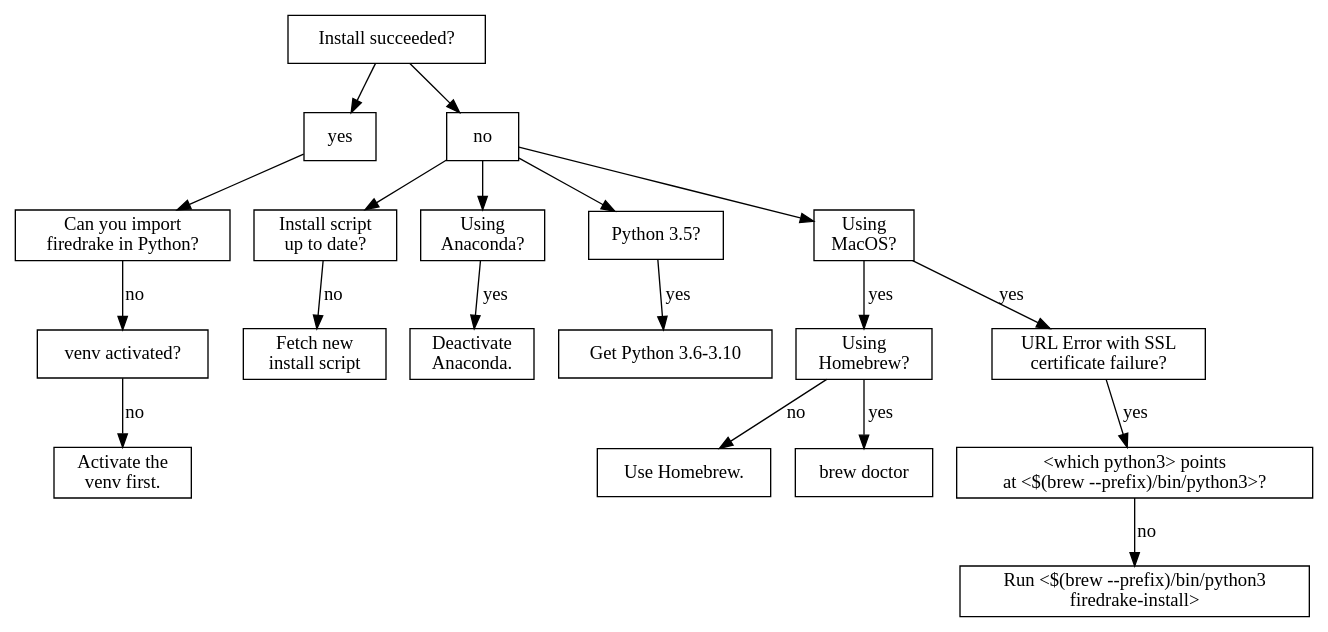
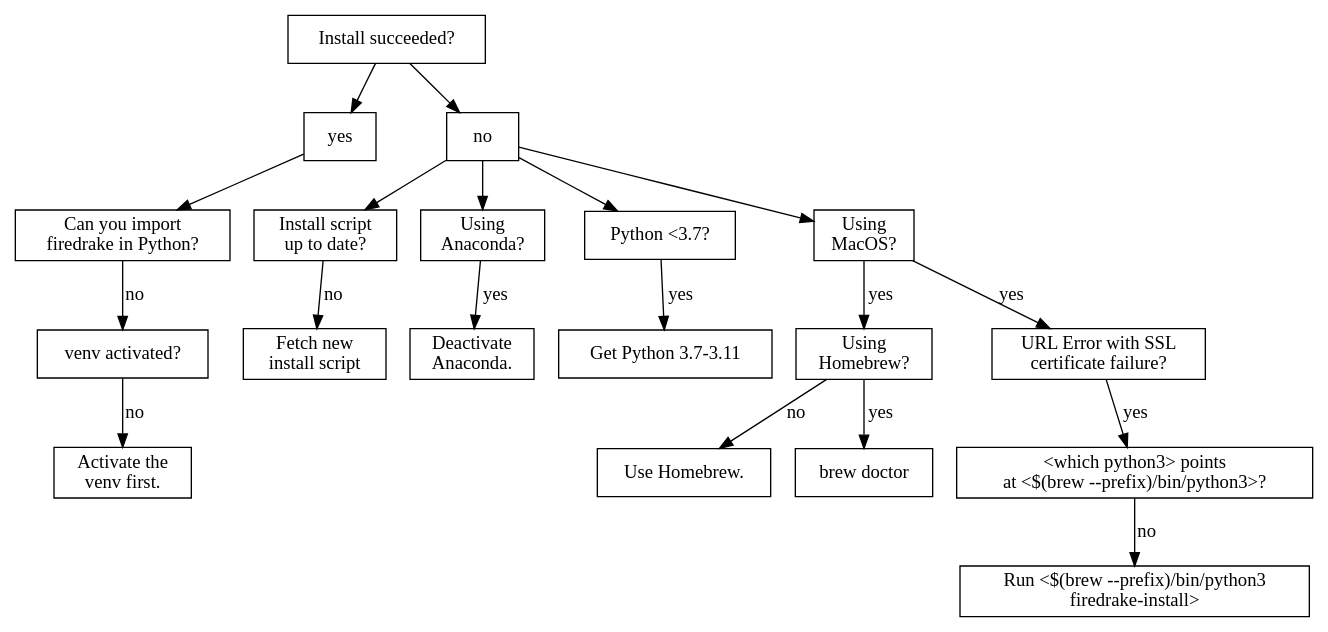
One commit to firedrakeproject/firedrake changed the diagram in docs/source/install-debug.dot. Above: the diagram before and after it, drawn with Graphviz. The commit also changed 1 other file, not shown here.

```diff
--- a/docs/source/install-debug.dot
+++ b/docs/source/install-debug.dot
@@ -1,41 +1,41 @@
 digraph triage {
     node [shape=rect];
 
     can_install [label="Install succeeded?"];
     install_succeeded [label="yes"];
     install_failed [label="no"];
     can_import [label="Can you import\nfiredrake in Python?"];
     venv_activated [label="venv activated?"];
     install_script_up_to_date [label="Install script\nup to date?"];
     using_anaconda [label="Using\nAnaconda?"];
-    python_version [label="Python 3.5?"];
+    python_version [label="Python <3.7?"];
     using_macos [label="Using\nMacOS?"];
     using_homebrew [label="Using\nHomebrew?"];
     url_error [label="URL Error with SSL\ncertificate failure?"];
     which_python [label="<which python3> points\nat <$(brew --prefix)/bin/python3>?"];
 
     activate_venv [label="Activate the\nvenv first."];
     uninstall_anaconda [label="Deactivate\nAnaconda."];
-    update_python [label="Get Python 3.6-3.10"];
+    update_python [label="Get Python 3.7-3.11"];
     update_install_script [label="Fetch new\ninstall script"];
     get_homebrew [label="Use Homebrew."];
     brew_doctor [label="brew doctor"];
     explicit_path [label="Run <$(brew --prefix)/bin/python3\n firedrake-install>"];
 
     can_install -> install_succeeded;
     install_succeeded -> can_import;
     can_import -> venv_activated [label="no"];
     venv_activated -> activate_venv [label="no"];
 
     can_install -> install_failed;
     install_failed -> {install_script_up_to_date, using_anaconda, python_version, using_macos};
     install_script_up_to_date -> update_install_script [label="no"];
     python_version -> update_python [label="yes"];
     using_anaconda -> uninstall_anaconda [label="yes"];
     using_macos -> using_homebrew [label="yes"];
     using_homebrew -> get_homebrew [label="no"];
     using_homebrew -> brew_doctor [label="yes"];
     using_macos -> url_error [label="yes"];
     url_error -> which_python [label="yes"];
     which_python -> explicit_path [label="no"];
 }
```
